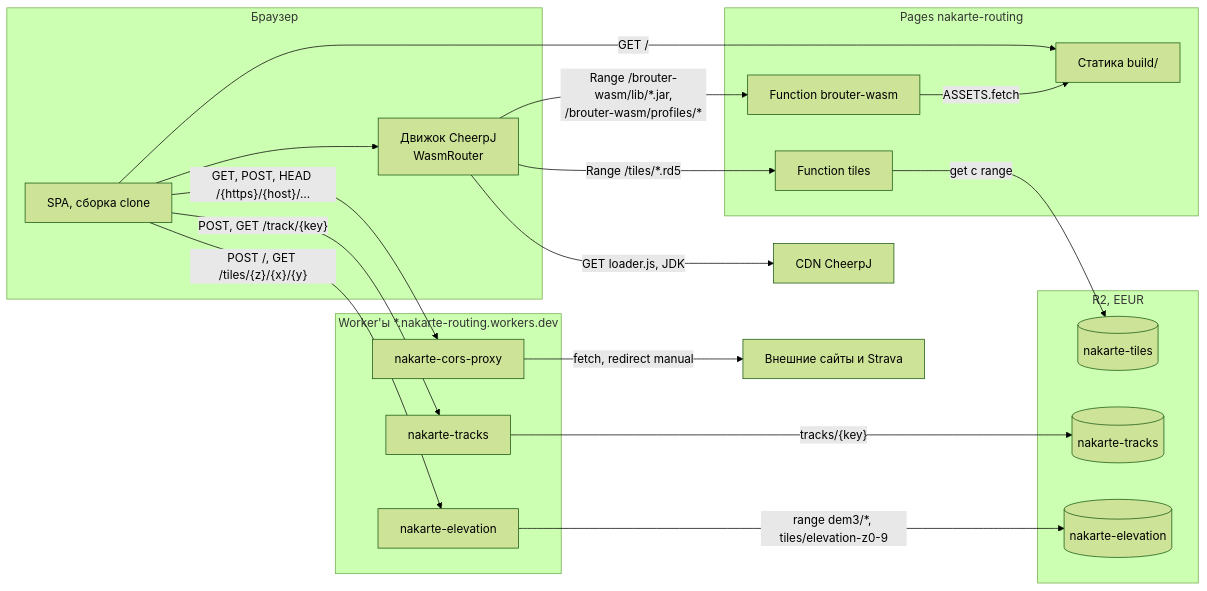
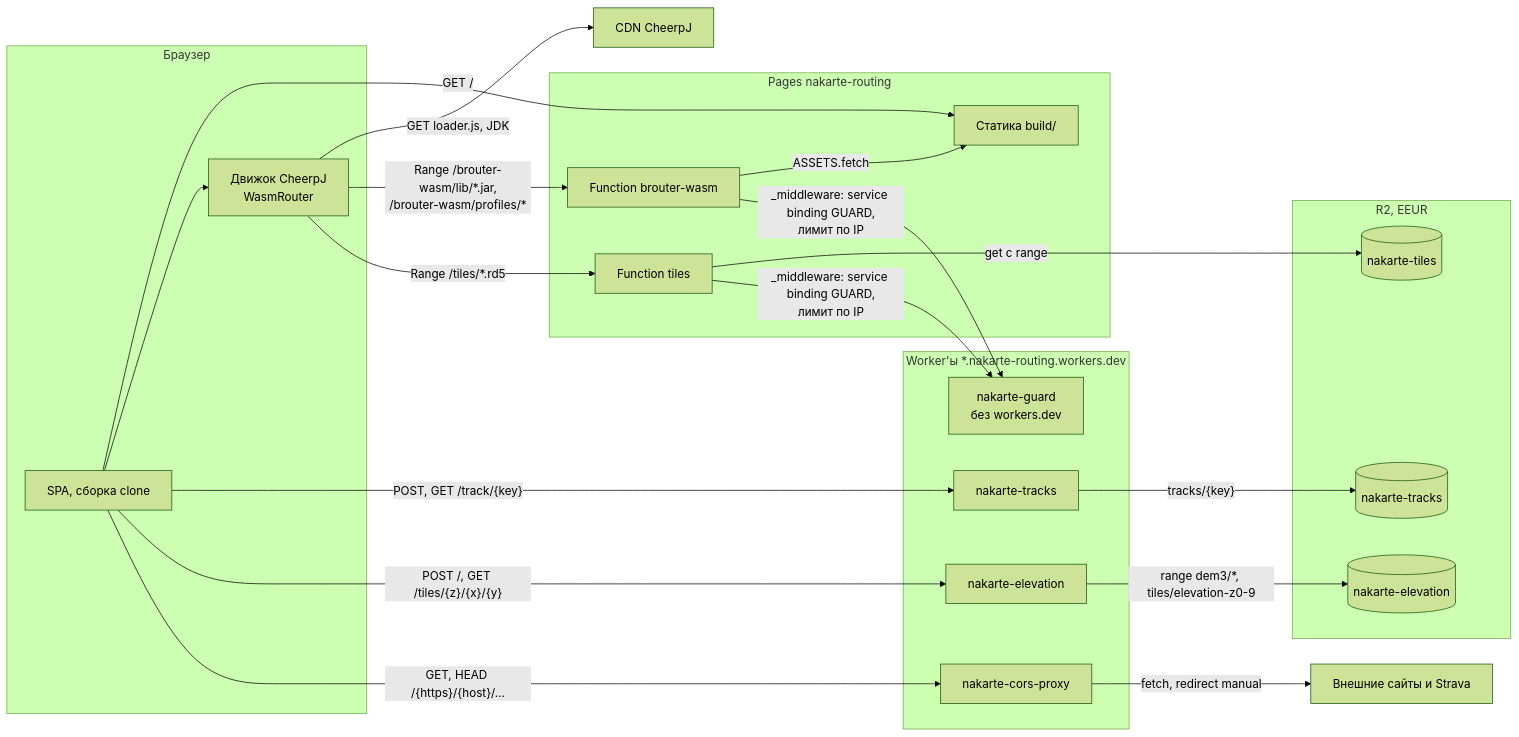
Before and after one commit to sergeycw/nakarte: the second of 3 diagrams in docs/architecture/README.md, drawn with Mermaid (forest theme). The commit also changed other lines of this file and 2 other files, not shown here.

Commit message:
document the pages limiter and pruning of old deployments
- containers and links: nakarte-guard behind the GUARD service
  binding, middleware of both functions
- protection: pages functions limit 1200 per ip, version urls and
  old pages deployments closed, open threats point to the audit
- ci-cd: check guard, guard and prune jobs, rollback by revert
- readme also drops POST from the proxy arrow, stale since
  restrict-cors-proxy

````diff
--- a/docs/architecture/README.md
+++ b/docs/architecture/README.md
@@ -85,42 +85,44 @@
 ```mermaid
 flowchart LR
     subgraph browser["Браузер"]
         spa["SPA, сборка clone"]
         engine["Движок CheerpJ<br/>WasmRouter"]
     end
 
     subgraph pages["Pages nakarte-routing"]
         static["Статика build/"]
         fwasm["Function brouter-wasm"]
         ftiles["Function tiles"]
     end
 
     subgraph workers["Worker'ы *.nakarte-routing.workers.dev"]
         proxy["nakarte-cors-proxy"]
         tracks["nakarte-tracks"]
         elev["nakarte-elevation"]
+        guard["nakarte-guard<br/>без workers.dev"]
     end
 
     subgraph r2["R2, EEUR"]
         r2tiles[("nakarte-tiles")]
         r2tracks[("nakarte-tracks")]
         r2elev[("nakarte-elevation")]
     end
 
     cdn["CDN CheerpJ"]
     ext["Внешние сайты и Strava"]
 
     spa -->|"GET /"| static
     spa --> engine
     engine -->|"GET loader.js, JDK"| cdn
     engine -->|"Range /brouter-wasm/lib/*.jar,<br/>/brouter-wasm/profiles/*"| fwasm
     fwasm -->|"ASSETS.fetch"| static
     engine -->|"Range /tiles/*.rd5"| ftiles
     ftiles -->|"get с range"| r2tiles
+    fwasm & ftiles -->|"_middleware: service binding GUARD,<br/>лимит по IP"| guard
     spa -->|"POST, GET /track/{key}"| tracks
     tracks -->|"tracks/{key}"| r2tracks
     spa -->|"POST /, GET /tiles/{z}/{x}/{y}"| elev
     elev -->|"range dem3/*, tiles/elevation-z0-9"| r2elev
-    spa -->|"GET, POST, HEAD /{https}/{host}/…"| proxy
+    spa -->|"GET, HEAD /{https}/{host}/…"| proxy
     proxy -->|"fetch, redirect manual"| ext
 ```
````
